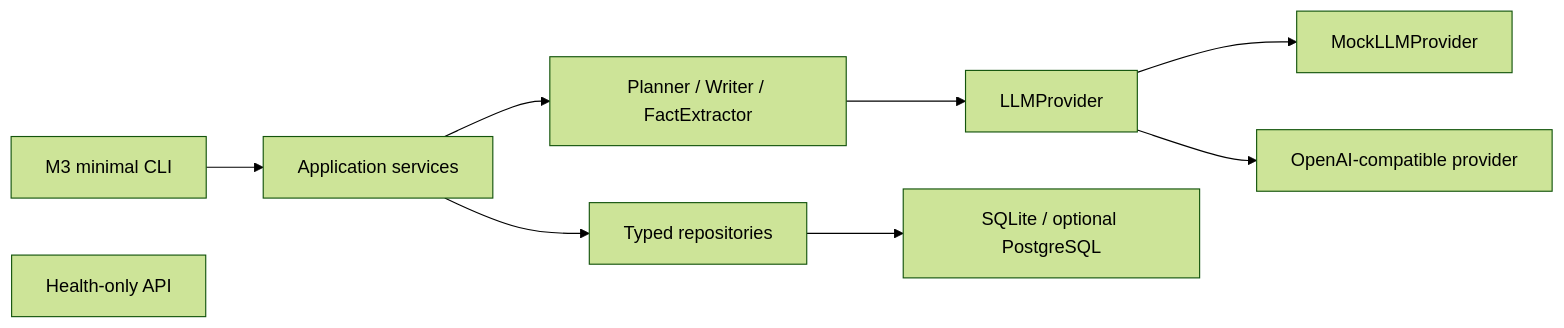
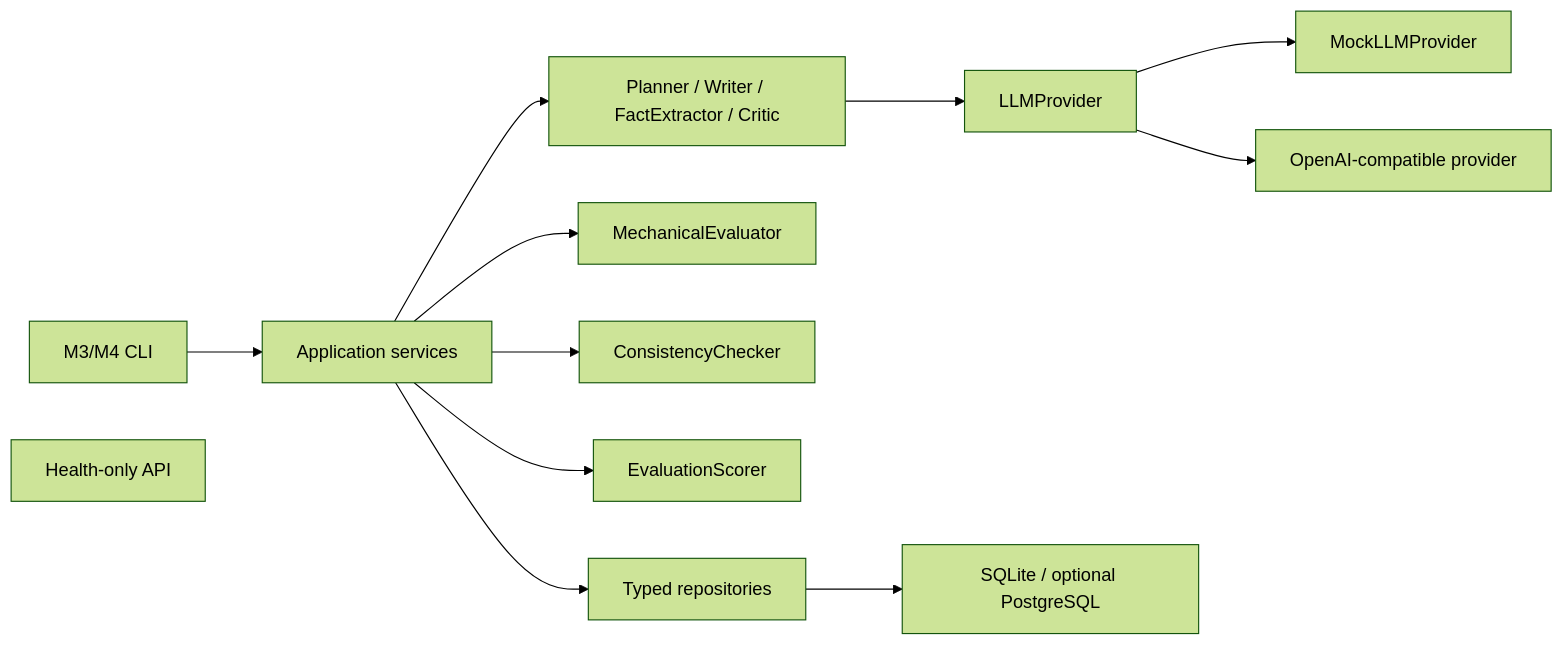
Before and after one commit to JiaoZiQ/StoryForge: the diagram in docs/architecture.md, drawn with Mermaid (forest theme). The commit also changed other lines of this file and 43 other files, not shown here.

Commit message:
feat: complete milestone 4 evaluation and consistency

````diff
--- a/docs/architecture.md
+++ b/docs/architecture.md
@@ -5,11 +5,14 @@
 ```mermaid
 flowchart LR
-    CLI["M3 minimal CLI"] --> Services["Application services"]
+    CLI["M3/M4 CLI"] --> Services["Application services"]
     API["Health-only API"]
-    Services --> Agents["Planner / Writer / FactExtractor"]
+    Services --> Agents["Planner / Writer / FactExtractor / Critic"]
+    Services --> Mechanical["MechanicalEvaluator"]
+    Services --> Consistency["ConsistencyChecker"]
+    Services --> Scorer["EvaluationScorer"]
     Services --> Repositories["Typed repositories"]
     Agents --> LLM["LLMProvider"]
     Repositories --> DB["SQLite / optional PostgreSQL"]
     LLM --> Mock["MockLLMProvider"]
     LLM --> Compatible["OpenAI-compatible provider"]
 ```
````
